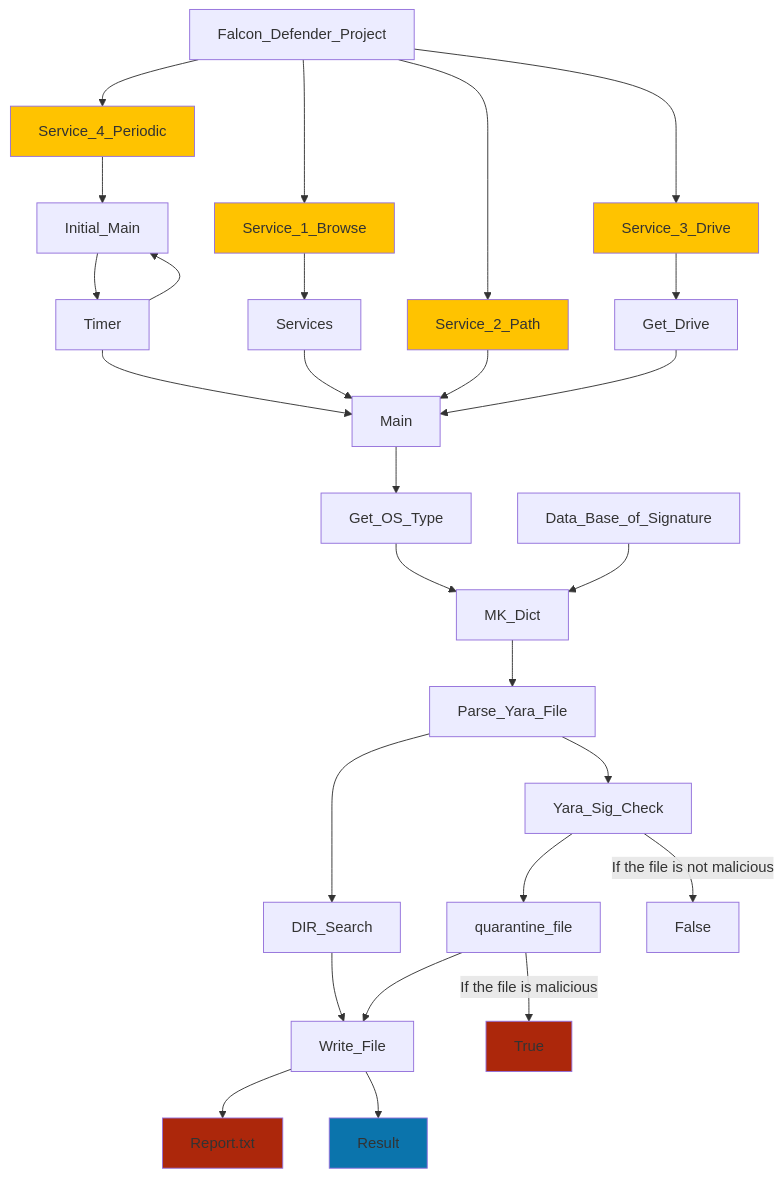
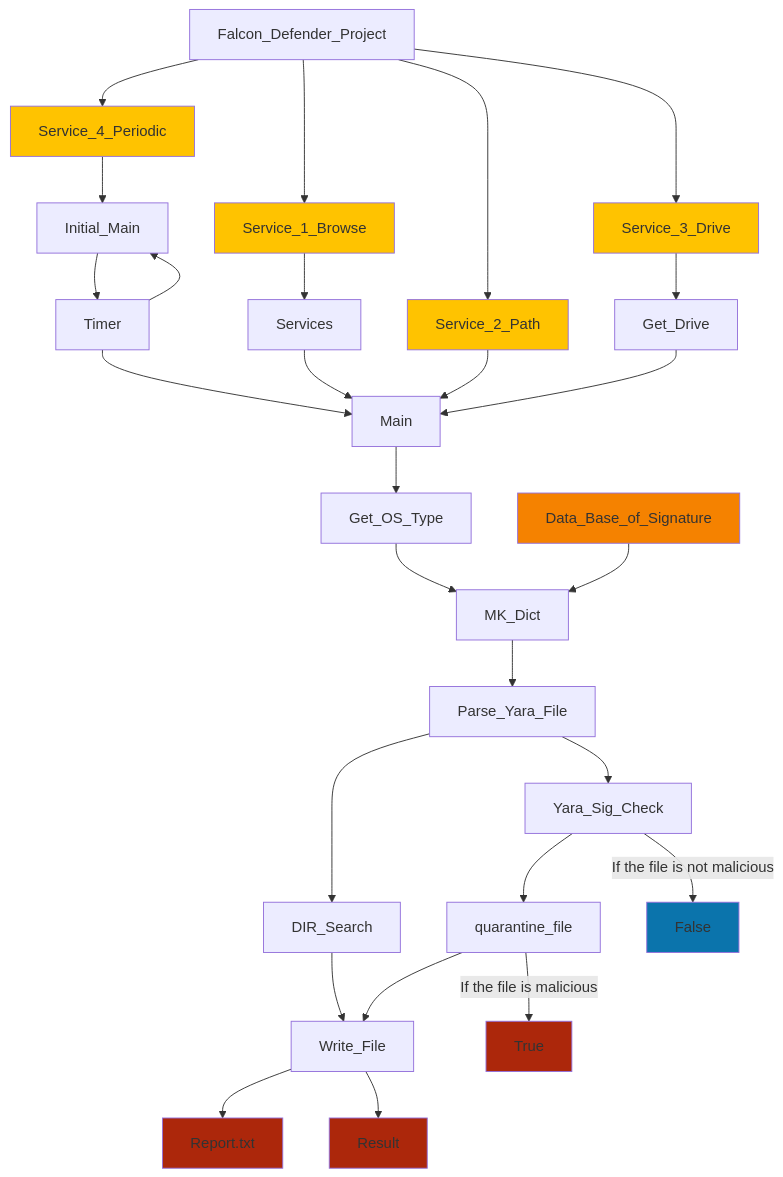
The diagram in README.md (AyhamAsfoor/Falcon_Defender), drawn with Mermaid before and after one commit.

````diff
--- a/README.md
+++ b/README.md
@@ -68,39 +68,39 @@
 ```mermaid
 graph TD;
    Falcon_Defender_Project-->Service_1_Browse;
    Service_1_Browse-->Services;
    Falcon_Defender_Project-->Service_2_Path;
    Falcon_Defender_Project-->Service_3_Drive;
    Service_3_Drive-->Get_Drive;
    Falcon_Defender_Project-->Service_4_Periodic;
    Service_4_Periodic-->Initial_Main;
    Initial_Main-->Timer;
    Timer-->Initial_Main;
    Timer-->Main;
    Services-->Main;
    Service_2_Path-->Main;
    Get_Drive-->Main;
    Main-->Get_OS_Type;
    Get_OS_Type-->MK_Dict;
    Data_Base_of_Signature-->MK_Dict;
    MK_Dict-->Parse_Yara_File;
    Parse_Yara_File-->DIR_Search;
    Parse_Yara_File-->Yara_Sig_Check;
    DIR_Search-->Write_File;
    Yara_Sig_Check-->quarantine_file;
    quarantine_file-->Write_File;
    Yara_Sig_Check-->|If the file is not malicious| False;
    quarantine_file-->|If the file is malicious| True;
    Write_File-->Report_txt[Report.txt];
    Write_File-->Result[Result];
 
    style Service_1_Browse fill:#FFC300;
    style Service_2_Path fill:#FFC300;
    style Service_3_Drive fill:#FFC300;
    style Service_4_Periodic fill:#FFC300;
-   style Data_Base_of_Signature fill:##f58200;
+   style Data_Base_of_Signature fill:#f58200;
    style Report_txt fill:#ac270b;
    style Result fill:#ac270b;
    style True fill:#ac270b;
-   style Result fill:#0b74ac;
+   style False fill:#0b74ac;
 ```
````
